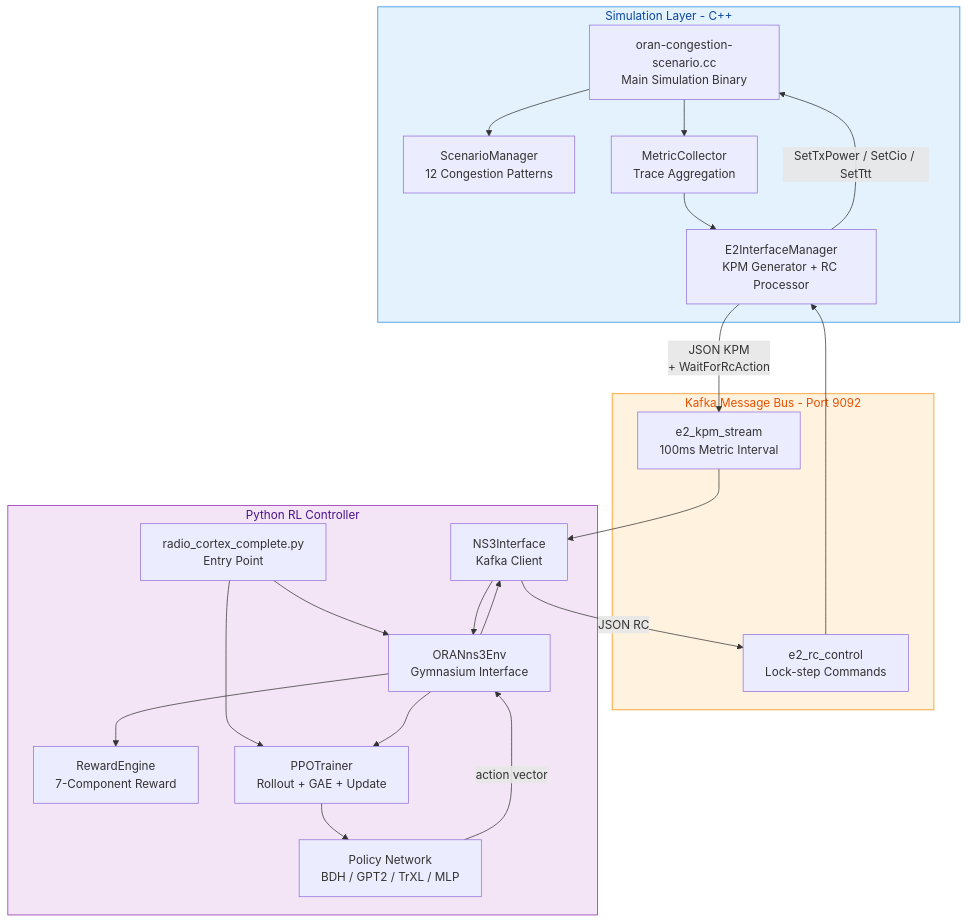
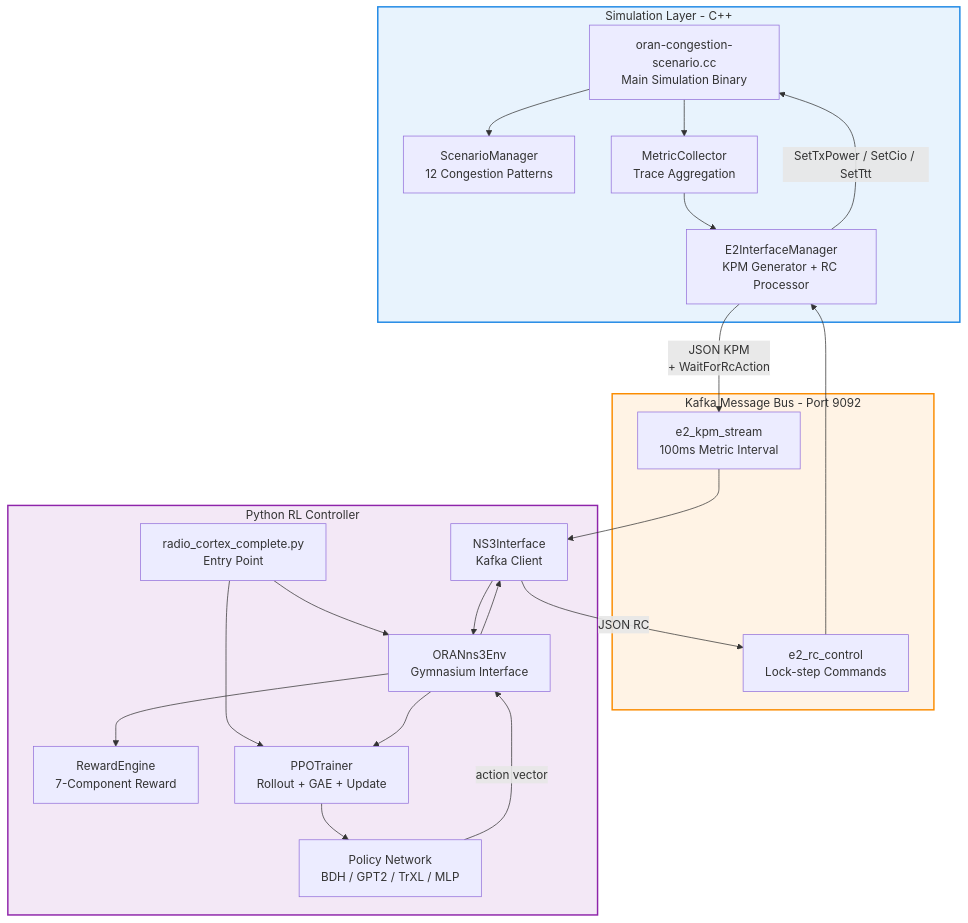
One commit to ishreyanshkumar/Radio-Cortex changed the third of 4 diagrams in README.md. Above: the diagram before and after it, drawn with Mermaid. The commit also changed other lines of this file, not shown here.

````diff
--- a/README.md
+++ b/README.md
@@ -389,44 +389,44 @@
 ```mermaid
 flowchart TB
     subgraph SIM["Simulation Layer - C++"]
         N1["oran-congestion-scenario.cc\nMain Simulation Binary"]
         N2["ScenarioManager\n12 Congestion Patterns"]
         N3["MetricCollector\nTrace Aggregation"]
         N4["E2InterfaceManager\nKPM Generator + RC Processor"]
         N1 --> N2
         N1 --> N3
         N3 --> N4
     end
 
     subgraph BUS["Kafka Message Bus - Port 9092"]
         K1["e2_kpm_stream\n100ms Metric Interval"]
         K2["e2_rc_control\nLock-step Commands"]
     end
 
     subgraph PY["Python RL Controller"]
         P0["radio_cortex_complete.py\nEntry Point"]
         P1["NS3Interface\nKafka Client"]
         P2["ORANns3Env\nGymnasium Interface"]
         P3["RewardEngine\n7-Component Reward"]
         P4["PPOTrainer\nRollout + GAE + Update"]
         P5["Policy Network\nBDH / GPT2 / TrXL / MLP"]
         P0 --> P2
         P0 --> P4
         P1 --> P2
         P2 --> P3
         P2 --> P4
         P4 --> P5
         P5 -- "action vector" --> P2
         P2 --> P1
     end
 
     N4 -- "JSON KPM\n+ WaitForRcAction" --> K1
     K1 --> P1
     P1 -- "JSON RC" --> K2
     K2 --> N4
     N4 -- "SetTxPower / SetCio / SetTtt" --> N1
 
-    style SIM fill:#e3f2fd,stroke:#1e88e5,color:#0d47a1
-    style BUS fill:#fff3e0,stroke:#fb8c00,color:#e65100
-    style PY fill:#f3e5f5,stroke:#8e24aa,color:#4a148c
+    style SIM fill:#1e88e5,fill-opacity:0.1,stroke:#1e88e5,stroke-width:2px
+    style BUS fill:#fb8c00,fill-opacity:0.1,stroke:#fb8c00,stroke-width:2px
+    style PY fill:#8e24aa,fill-opacity:0.1,stroke:#8e24aa,stroke-width:2px
 ```
````
